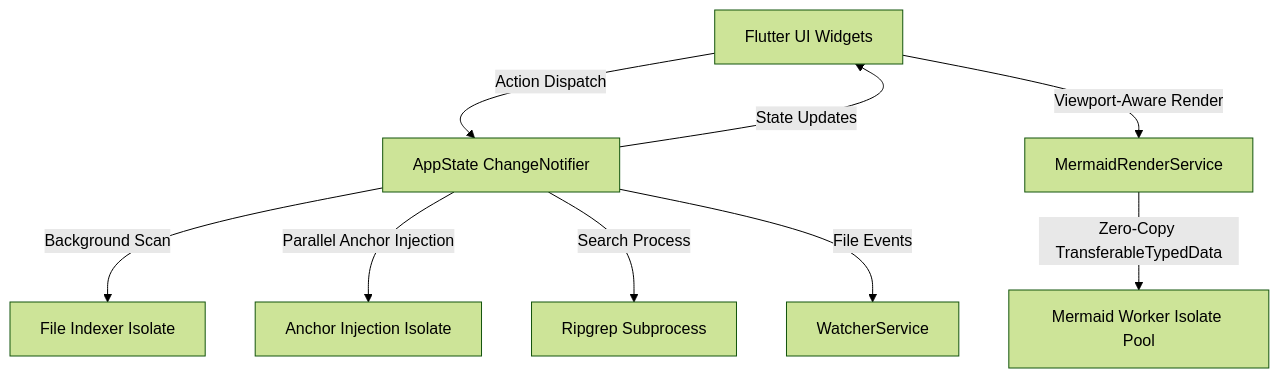
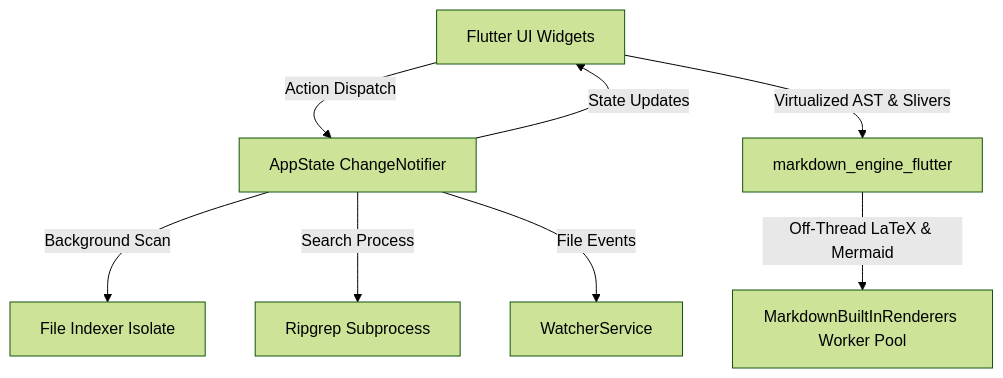
One commit to tkinnis/siren changed the diagram in docs/architecture.md. Above: the diagram before and after it, drawn with Mermaid (forest theme). The commit also changed other lines of this file and 25 other files, not shown here.

First line of the commit message:
refactor(markdown): migrate rendering stack to markdown_engine_flutter for v0.8.0

````diff
--- a/docs/architecture.md
+++ b/docs/architecture.md
@@ -17,11 +17,10 @@
 ```mermaid
 graph TD
     UI[Flutter UI Widgets] -->|Action Dispatch| State[AppState ChangeNotifier]
     State -->|State Updates| UI
+    UI -->|Virtualized AST & Slivers| MdEngine[markdown_engine_flutter]
+    MdEngine -->|Off-Thread LaTeX & Mermaid| BuiltInIsolates[MarkdownBuiltInRenderers Worker Pool]
     State -->|Background Scan| IndexerIsolate[File Indexer Isolate]
-    State -->|Parallel Anchor Injection| AnchorIsolate[Anchor Injection Isolate]
     State -->|Search Process| Ripgrep[Ripgrep Subprocess]
     State -->|File Events| Watcher[WatcherService]
-    UI -->|Viewport-Aware Render| Mermaid[MermaidRenderService]
-    Mermaid -->|Zero-Copy TransferableTypedData| MermaidIsolates[Mermaid Worker Isolate Pool]
 ```
````
